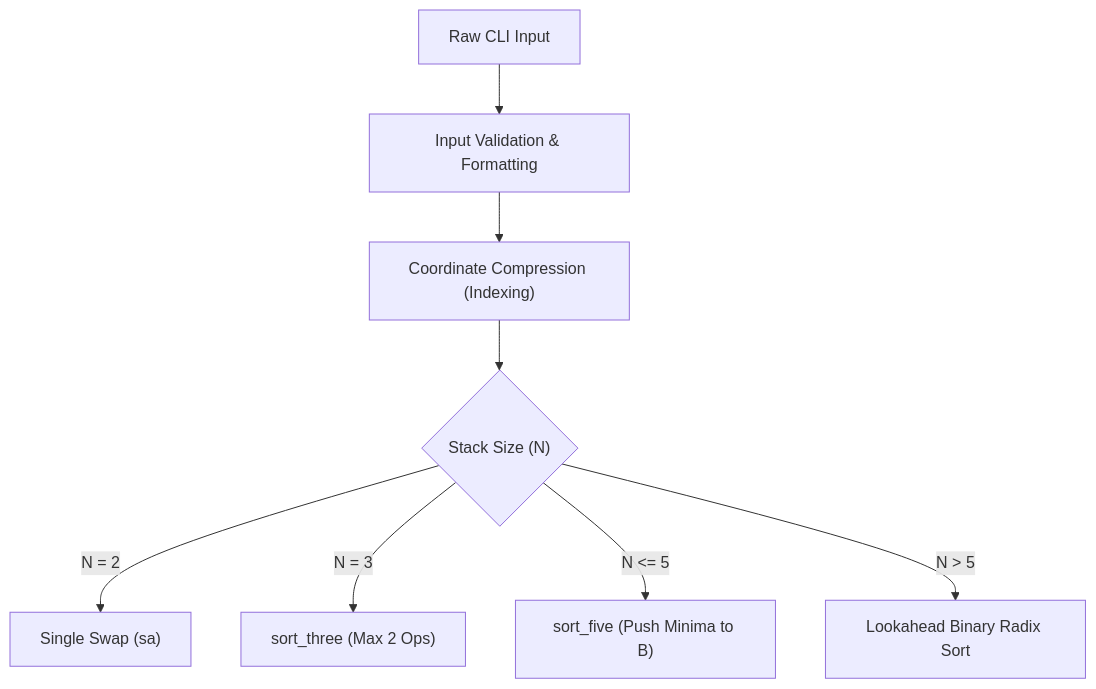
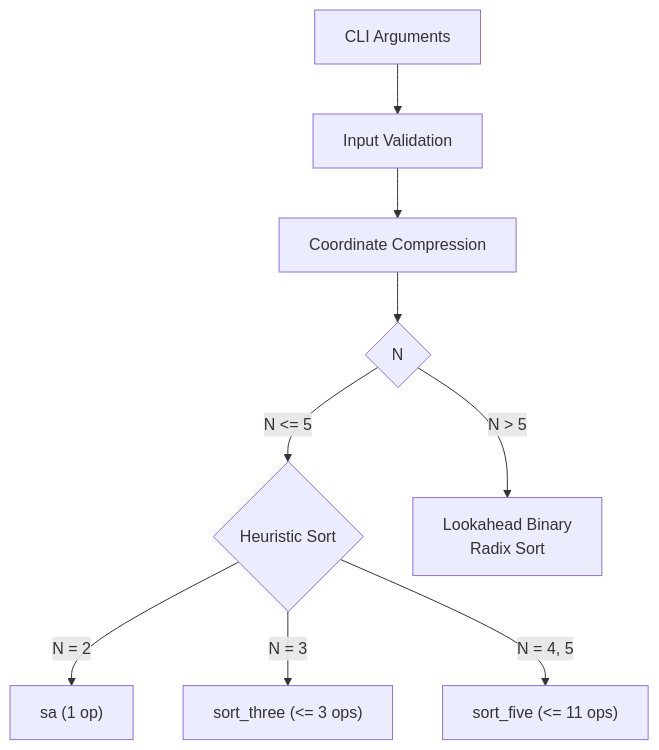
Before and after one commit to ali-alemami/push_swap: the diagram in README.md, drawn with Mermaid. The commit also changed other lines of this file, not shown here.

````diff
--- a/README.md
+++ b/README.md
@@ -59,10 +34,13 @@
 ```mermaid
 flowchart TD
-    A["Raw CLI Input"] --> B["Input Validation & Formatting"]
-    B --> C["Coordinate Compression (Indexing)"]
-    C --> D{"Stack Size (N)"}
-    D -- "N = 2" --> E["Single Swap (sa)"]
-    D -- "N = 3" --> F["sort_three (Max 2 Ops)"]
-    D -- "N <= 5" --> G["sort_five (Push Minima to B)"]
-    D -- "N > 5" --> H["Lookahead Binary Radix Sort"]
+    A["CLI Arguments"] --> B["Input Validation"]
+    B --> C["Coordinate Compression"]
+    C --> D{"N"}
+
+    D -->|"N <= 5"| E{"Heuristic Sort"}
+    D -->|"N > 5"| F["Lookahead Binary<br/>Radix Sort"]
+
+    E -->|"N = 2"| E2["sa (1 op)"]
+    E -->|"N = 3"| E3["sort_three (<= 3 ops)"]
+    E -->|"N = 4, 5"| E5["sort_five (<= 11 ops)"]
 ```
````
